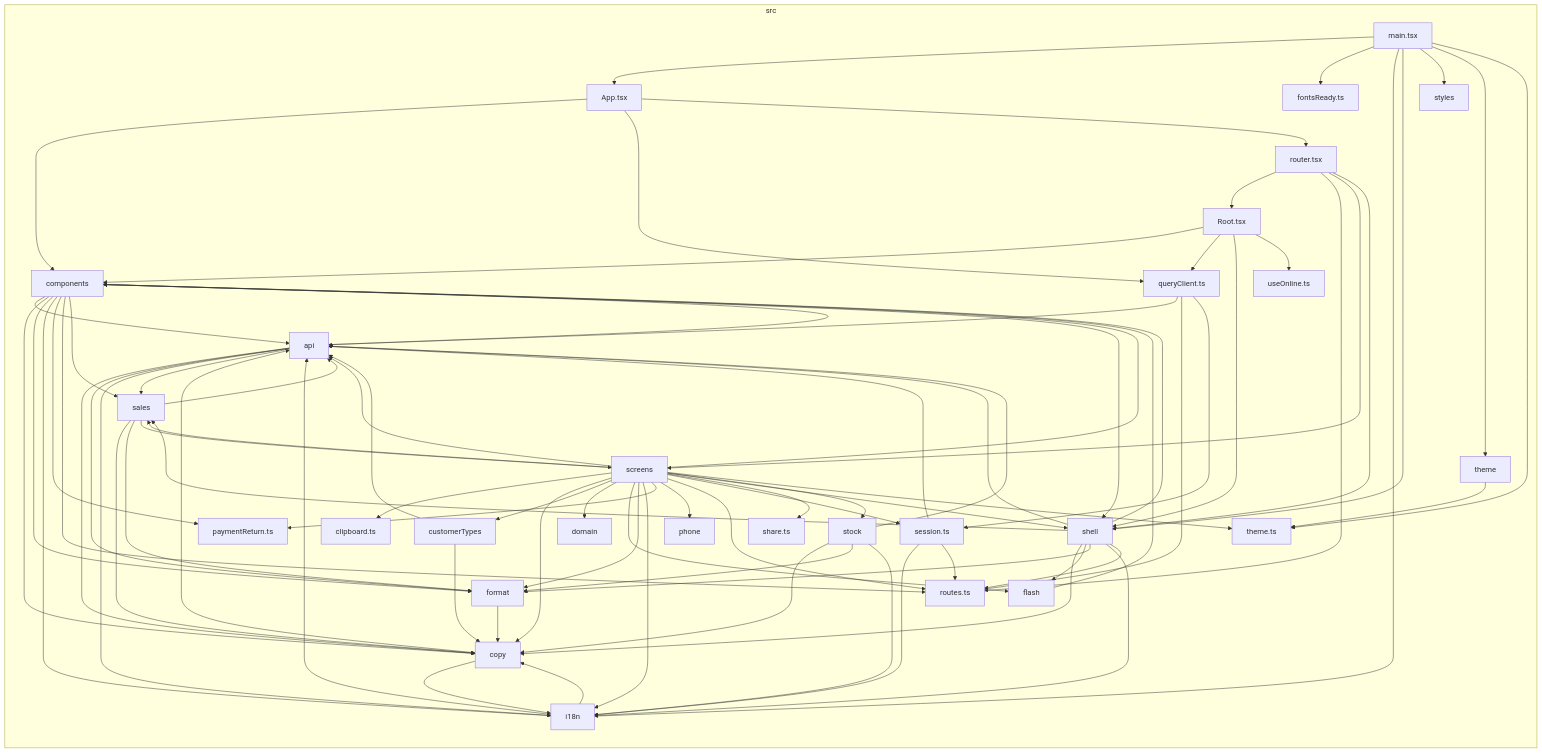
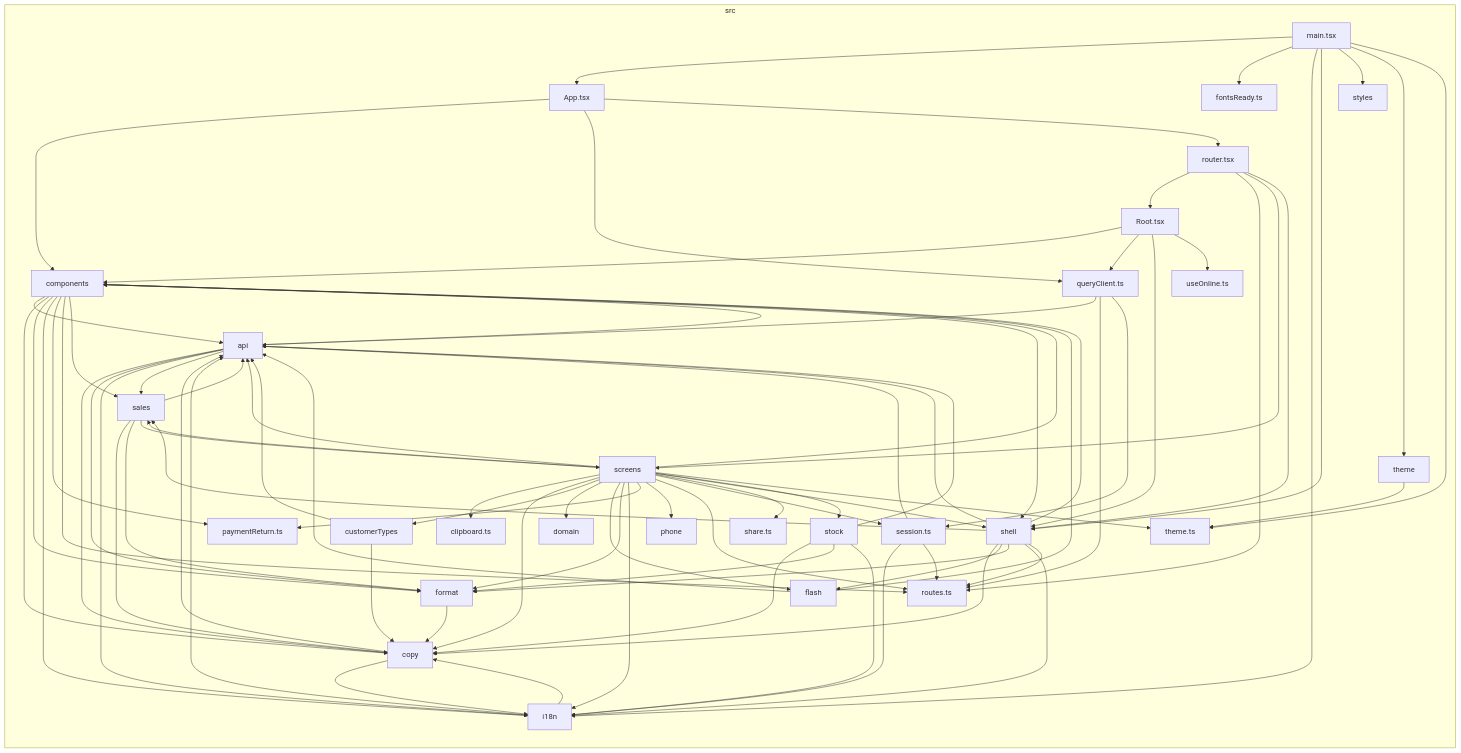
The diagram in docs/architecture/generated/front-modules/overview.md (GonzaloZevallos/apostrophe), drawn with Mermaid before and after one commit. The commit also changed 1 other file, not shown here.

Commit message:
chore(docs): regenerate [skip ci]

```diff
--- a/docs/architecture/generated/front-modules/overview.md
+++ b/docs/architecture/generated/front-modules/overview.md
@@ -60,6 +60,7 @@
 src_copy-->src_i18n
 src_customerTypes-->src_api
 src_customerTypes-->src_copy
+src_flash-->src_api
 src_flash-->src_components
 src_format-->src_copy
 src_i18n-->src_api
```
